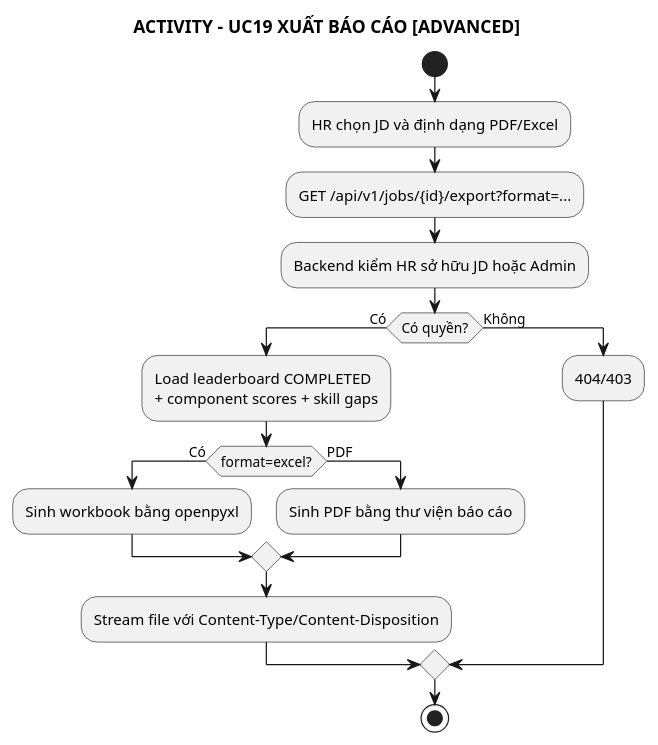
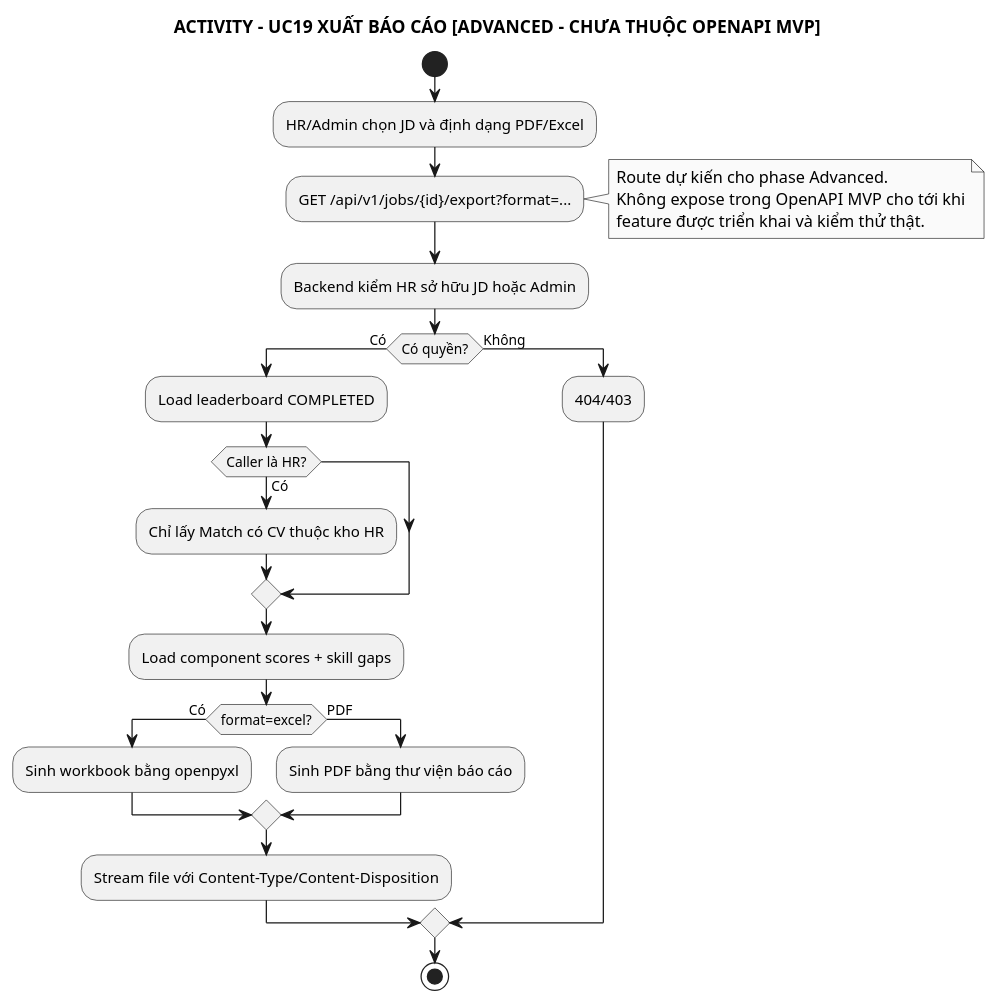
Before and after one commit to anh632k-ui/WebCVUngVienTuyenDung: the diagram in docs/03_activity/act_uc19_export_report.puml, drawn with PlantUML.

Commit message:
fix(pttk): mark export route advanced and apply HR privacy scope

```diff
--- a/docs/03_activity/act_uc19_export_report.puml
+++ b/docs/03_activity/act_uc19_export_report.puml
@@ -1,24 +1,32 @@
 @startuml
 skinparam monochrome true
 skinparam shadowing false
 
-title ACTIVITY - UC19 XUẤT BÁO CÁO [ADVANCED]
+title ACTIVITY - UC19 XUẤT BÁO CÁO [ADVANCED - CHƯA THUỘC OPENAPI MVP]
 
 start
-:HR chọn JD và định dạng PDF/Excel;
+:HR/Admin chọn JD và định dạng PDF/Excel;
 :GET /api/v1/jobs/{id}/export?format=...;
+note right
+  Route dự kiến cho phase Advanced.
+  Không expose trong OpenAPI MVP cho tới khi
+  feature được triển khai và kiểm thử thật.
+end note
 :Backend kiểm HR sở hữu JD hoặc Admin;
 if (Có quyền?) then (Có)
-  :Load leaderboard COMPLETED
-  + component scores + skill gaps;
+  :Load leaderboard COMPLETED;
+  if (Caller là HR?) then (Có)
+    :Chỉ lấy Match có CV thuộc kho HR;
+  endif
+  :Load component scores + skill gaps;
   if (format=excel?) then (Có)
     :Sinh workbook bằng openpyxl;
   else (PDF)
     :Sinh PDF bằng thư viện báo cáo;
   endif
   :Stream file với Content-Type/Content-Disposition;
 else (Không)
   :404/403;
 endif
 stop
 @enduml
```
